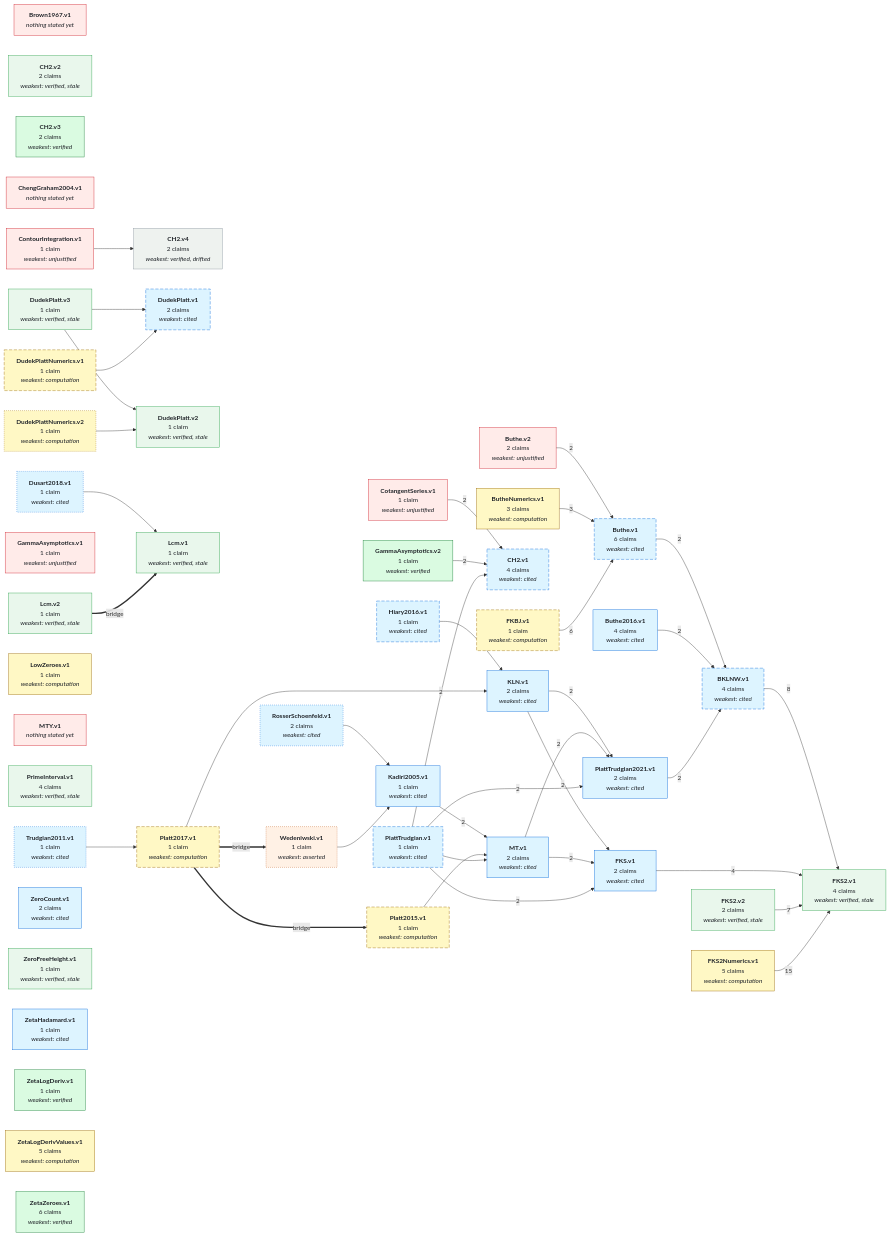
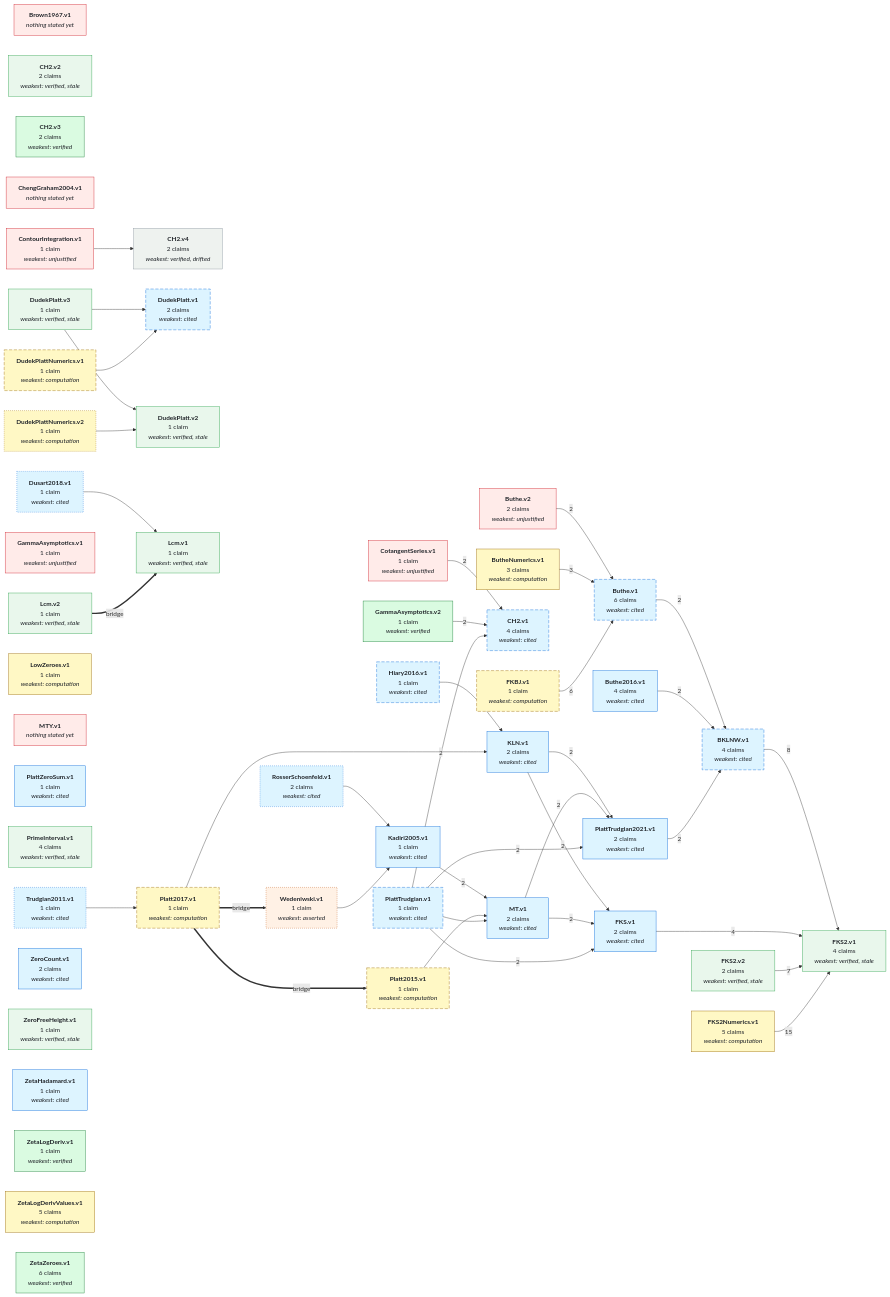
The first of 2 diagrams in GRAPH.md (teorth/IEANTN), drawn with Mermaid before and after one commit. The commit also changed other lines of this file and 8 other files, not shown here.

Commit message:
PlattZeroSum.v1: the reciprocal-ordinate sum of the zeros up to 20000 (literature, from CH2's prop:vihuela)

```diff
--- a/GRAPH.md
+++ b/GRAPH.md
@@ -90,6 +90,7 @@
   NPlatt2017_v1["<b>Platt2017.v1</b><br/>1 claim<br/><i>weakest: computation</i>"]
   NPlattTrudgian_v1["<b>PlattTrudgian.v1</b><br/>1 claim<br/><i>weakest: cited</i>"]
   NPlattTrudgian2021_v1["<b>PlattTrudgian2021.v1</b><br/>2 claims<br/><i>weakest: cited</i>"]
+  NPlattZeroSum_v1["<b>PlattZeroSum.v1</b><br/>1 claim<br/><i>weakest: cited</i>"]
   NPrimeInterval_v1["<b>PrimeInterval.v1</b><br/>4 claims<br/><i>weakest: verified, stale</i>"]
   NRosserSchoenfeld_v1["<b>RosserSchoenfeld.v1</b><br/>2 claims<br/><i>weakest: cited</i>"]
   NTrudgian2011_v1["<b>Trudgian2011.v1</b><br/>1 claim<br/><i>weakest: cited</i>"]
@@ -154,7 +155,7 @@
   class NBrown1967_v1,NButhe_v2,NChengGraham2004_v1,NContourIntegration_v1,NCotangentSeries_v1,NGammaAsymptotics_v1,NMTY_v1 none_yet;
   class NCH2_v4 lean_comparator_drifted;
   class NWedeniwski_v1 asserted;
-  class NBKLNW_v1,NButhe_v1,NButhe2016_v1,NCH2_v1,NDudekPlatt_v1,NDusart2018_v1,NFKS_v1,NHiary2016_v1,NKLN_v1,NKadiri2005_v1,NMT_v1,NPlattTrudgian_v1,NPlattTrudgian2021_v1,NRosserSchoenfeld_v1,NTrudgian2011_v1,NZeroCount_v1,NZetaHadamard_v1 literature;
+  class NBKLNW_v1,NButhe_v1,NButhe2016_v1,NCH2_v1,NDudekPlatt_v1,NDusart2018_v1,NFKS_v1,NHiary2016_v1,NKLN_v1,NKadiri2005_v1,NMT_v1,NPlattTrudgian_v1,NPlattTrudgian2021_v1,NPlattZeroSum_v1,NRosserSchoenfeld_v1,NTrudgian2011_v1,NZeroCount_v1,NZetaHadamard_v1 literature;
   class NButheNumerics_v1,NDudekPlattNumerics_v1,NDudekPlattNumerics_v2,NFKBJ_v1,NFKS2Numerics_v1,NLowZeroes_v1,NPlatt2015_v1,NPlatt2017_v1,NZetaLogDerivValues_v1 numerical;
   class NCH2_v2,NDudekPlatt_v2,NDudekPlatt_v3,NFKS2_v1,NFKS2_v2,NLcm_v1,NLcm_v2,NPrimeInterval_v1,NZeroFreeHeight_v1 lean_comparator_stale;
   class NCH2_v3,NGammaAsymptotics_v2,NZetaLogDeriv_v1,NZetaZeroes_v1 lean_comparator;
@@ -193,6 +194,7 @@
   click NPlatt2017_v1 href "https://github.com/teorth/IEANTN/blob/main/docs/nodes/Platt2017-v1.md" _blank
   click NPlattTrudgian_v1 href "https://github.com/teorth/IEANTN/blob/main/docs/nodes/PlattTrudgian-v1.md" _blank
   click NPlattTrudgian2021_v1 href "https://github.com/teorth/IEANTN/blob/main/docs/nodes/PlattTrudgian2021-v1.md" _blank
+  click NPlattZeroSum_v1 href "https://github.com/teorth/IEANTN/blob/main/docs/nodes/PlattZeroSum-v1.md" _blank
   click NPrimeInterval_v1 href "https://github.com/teorth/IEANTN/blob/main/docs/nodes/PrimeInterval-v1.md" _blank
   click NRosserSchoenfeld_v1 href "https://github.com/teorth/IEANTN/blob/main/docs/nodes/RosserSchoenfeld-v1.md" _blank
   click NTrudgian2011_v1 href "https://github.com/teorth/IEANTN/blob/main/docs/nodes/Trudgian2011-v1.md" _blank
```
